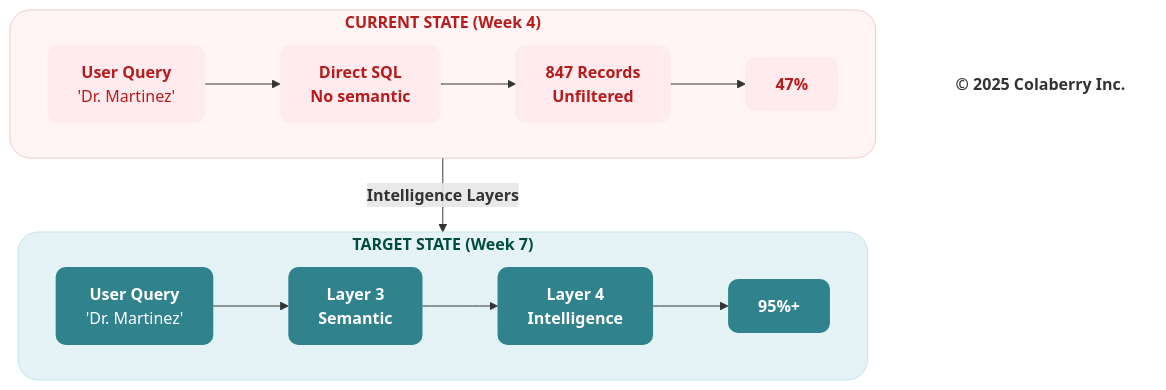
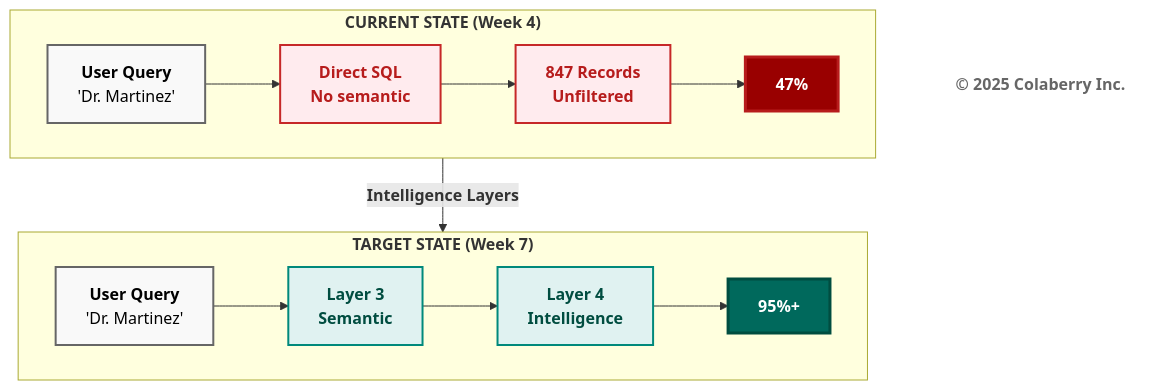
Before and after one commit to saitejesh-cyber/trust-before-intelligence-book: the fourth of 13 diagrams in manuscript/06_chapter_5_intelligence_layers.md, drawn with Mermaid. The commit also changed other lines of this file and 12 other files, not shown here.

Commit message:
Restore legacy Mermaid styles for Option 1

````diff
--- a/manuscript/06_chapter_5_intelligence_layers.md
+++ b/manuscript/06_chapter_5_intelligence_layers.md
@@ -266,29 +265,27 @@
 ```mermaid
 graph TB
     subgraph CURRENT["<b>CURRENT STATE (Week 4)</b>"]
         direction LR
         C_Q["<b>User Query</b><br/>'Dr. Martinez'"] --> C_SQL["<b>Direct SQL</b><br/><b>No semantic</b>"] --> C_RES["<b>847 Records</b><br/><b>Unfiltered</b>"] --> C_FAIL["<b>47%</b>"]
     end
     
     CURRENT -->|<b>Intelligence Layers</b>| TARGET
     
     subgraph TARGET["<b>TARGET STATE (Week 7)</b>"]
         direction LR
         T_Q["<b>User Query</b><br/>'Dr. Martinez'"] --> T_SEM["<b>Layer 3</b><br/><b>Semantic</b>"] --> T_RAG["<b>Layer 4</b><br/><b>Intelligence</b>"] --> T_WIN["<b>95%+</b>"]
     end
     
     Copyright["<b>© 2025 Colaberry Inc.</b>"]
     
-    style C_Q fill:#ffebee,stroke:none,color:#b71c1c,rx:10,ry:10
-    style C_SQL fill:#ffebee,stroke:none,color:#b71c1c,rx:10,ry:10
-    style C_RES fill:#ffebee,stroke:none,color:#b71c1c,rx:10,ry:10
-    style C_FAIL fill:#ffebee,stroke:none,color:#b71c1c,rx:10,ry:10
+    style C_Q fill:#f9f9f9,stroke:#666666,stroke-width:2px,color:#000000
+    style C_SQL fill:#ffebee,stroke:#c62828,stroke-width:2px,color:#b71c1c
+    style C_RES fill:#ffebee,stroke:#c62828,stroke-width:2px,color:#b71c1c
+    style C_FAIL fill:#990000,color:#ffffff,stroke:#b71c1c,stroke-width:3px
     
-    style T_Q fill:#30838C,stroke:none,color:#ffffff,rx:10,ry:10
-    style T_SEM fill:#30838C,stroke:none,color:#ffffff,rx:10,ry:10
-    style T_RAG fill:#30838C,stroke:none,color:#ffffff,rx:10,ry:10
-    style T_WIN fill:#30838C,stroke:none,color:#ffffff,rx:10,ry:10
-    style Copyright fill:none,stroke:none,color:#333333
-    style CURRENT fill:#fff5f5,stroke:#f2caca,stroke-width:1px,color:#b71c1c,rx:20,ry:20
-    style TARGET fill:#e6f3f6,stroke:#c7e3ea,stroke-width:1px,color:#004d40,rx:20,ry:20
+    style T_Q fill:#f9f9f9,stroke:#666666,stroke-width:2px,color:#000000
+    style T_SEM fill:#e0f2f1,stroke:#00897b,stroke-width:2px,color:#004d40
+    style T_RAG fill:#e0f2f1,stroke:#00897b,stroke-width:2px,color:#004d40
+    style T_WIN fill:#00695c,color:#ffffff,stroke:#004d40,stroke-width:3px
+    style Copyright fill:#ffffff,stroke:none,color:#666666
 ```
````
